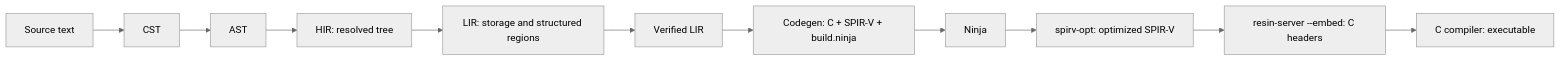
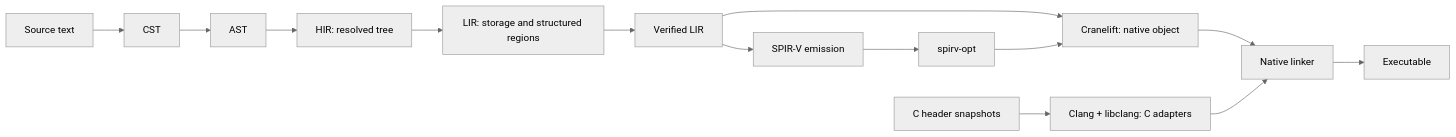
The diagram in doc/architecture.md (tsnl/resin), drawn with Mermaid (neutral theme) before and after one commit. The commit also changed other lines of this file and 93 other files, not shown here.

Commit message:
Replace the C host backend with Cranelift and cached Clang interoperability

````diff
--- a/doc/architecture.md
+++ b/doc/architecture.md
@@ -37,13 +37,16 @@
 ```mermaid
 flowchart LR
     text[Source text] --> cst[CST]
     cst --> ast[AST]
     ast --> hir[HIR: resolved tree]
     hir --> lir[LIR: storage and structured regions]
     lir --> verified[Verified LIR]
-    verified --> project[Codegen: C + SPIR-V + build.ninja]
-    project --> ninja[Ninja]
-    ninja --> spirv[spirv-opt: optimized SPIR-V]
-    spirv --> headers[resin-server --embed: C headers]
-    headers --> executable[C compiler: executable]
+    verified --> spirv[SPIR-V emission]
+    spirv --> optimized[spirv-opt]
+    verified --> native[Cranelift: native object]
+    optimized --> native
+    headers[C header snapshots] --> interop[Clang + libclang: C adapters]
+    native --> link[Native linker]
+    interop --> link
+    link --> executable[Executable]
 ```
````
